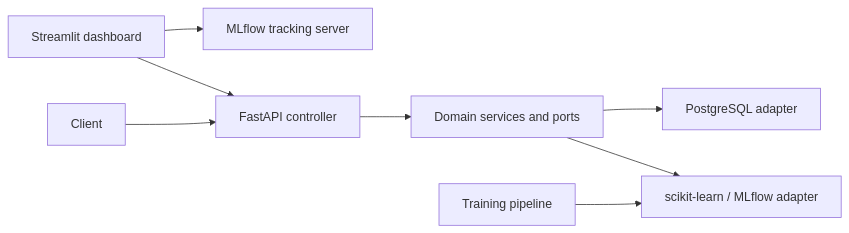
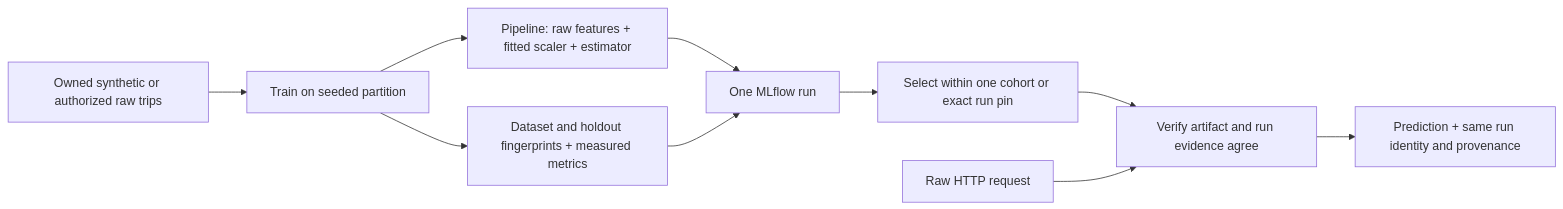
One commit to VictorCabrejos/taxi-duration-predictor-mlops changed the diagram in README.md. Above: the diagram before and after it, drawn with Mermaid. The commit also changed other lines of this file and 31 other files, not shown here.

First line of the commit message:
Bind Taxi predictions and consumer evidence to one reproducible model lifecycle

````diff
--- a/README.md
+++ b/README.md
@@ -11,10 +69,12 @@
 ```mermaid
 flowchart LR
-    Client --> API[FastAPI controller]
-    API --> Domain[Domain services and ports]
-    Domain --> Model[scikit-learn / MLflow adapter]
-    Domain --> Data[PostgreSQL adapter]
-    Training[Training pipeline] --> Model
-    Dashboard[Streamlit dashboard] --> API
-    Dashboard --> Tracking[MLflow tracking server]
+    Raw[Owned synthetic or authorized raw trips] --> Train[Train on seeded partition]
+    Train --> Artifact[Pipeline: raw features + fitted scaler + estimator]
+    Train --> Evidence[Dataset and holdout fingerprints + measured metrics]
+    Artifact --> Run[One MLflow run]
+    Evidence --> Run
+    Run --> Select[Select within one cohort or exact run pin]
+    Select --> Load[Verify artifact and run evidence agree]
+    Request[Raw HTTP request] --> Load
+    Load --> Response[Prediction + same run identity and provenance]
 ```
````
